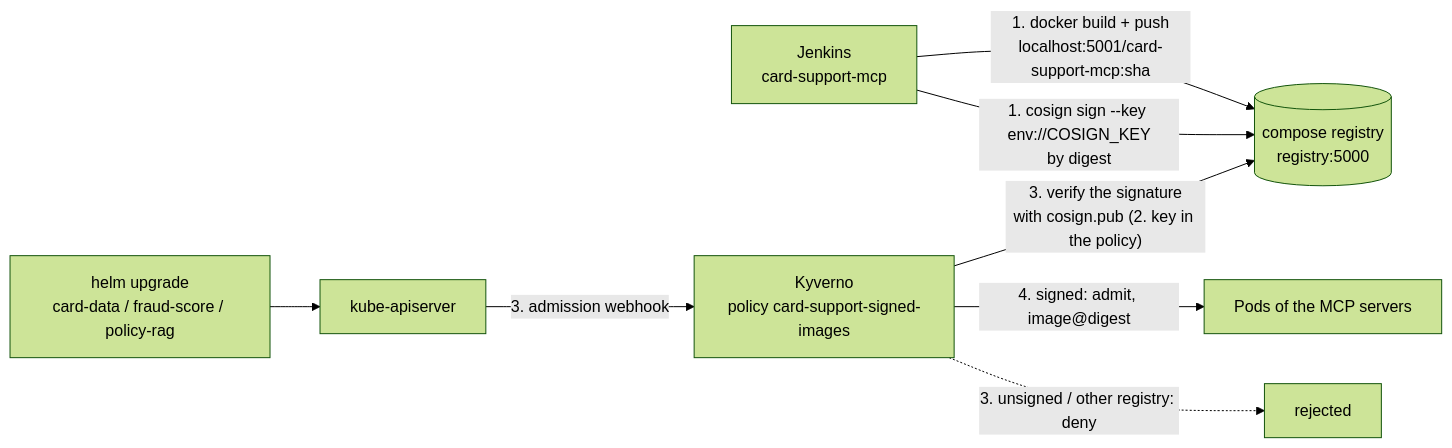
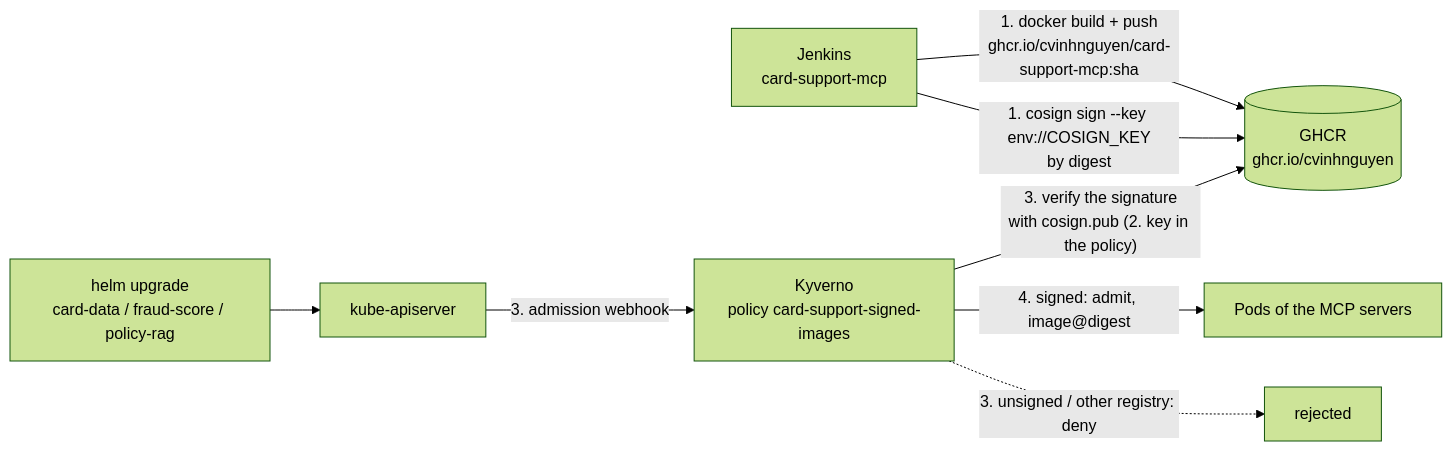
One commit to cvinhnguyen/card-fraud-platform changed the diagram in docs/operations/novel_supply_chain.md. Above: the diagram before and after it, drawn with Mermaid (forest theme). The commit also changed other lines of this file and 72 other files, not shown here.

````diff
--- a/docs/operations/novel_supply_chain.md
+++ b/docs/operations/novel_supply_chain.md
@@ -22,10 +22,10 @@
 ```mermaid
 flowchart LR
-    j["Jenkins<br/>card-support-mcp"] -->|"1. docker build + push<br/>localhost:5001/card-support-mcp:sha"| r[("compose registry<br/>registry:5000")]
+    j["Jenkins<br/>card-support-mcp"] -->|"1. docker build + push<br/>ghcr.io/cvinhnguyen/card-support-mcp:sha"| r[("GHCR<br/>ghcr.io/cvinhnguyen")]
     j -->|"1. cosign sign --key env://COSIGN_KEY<br/>by digest"| r
     h["helm upgrade<br/>card-data / fraud-score / policy-rag"] --> api["kube-apiserver"]
     api -->|"3. admission webhook"| k["Kyverno<br/>policy card-support-signed-images"]
     k -->|"3. verify the signature<br/>with cosign.pub (2. key in the policy)"| r
     k -->|"4. signed: admit, image@digest"| p["Pods of the MCP servers"]
     k -.->|"3. unsigned / other registry: deny"| x["rejected"]
 ```
````
